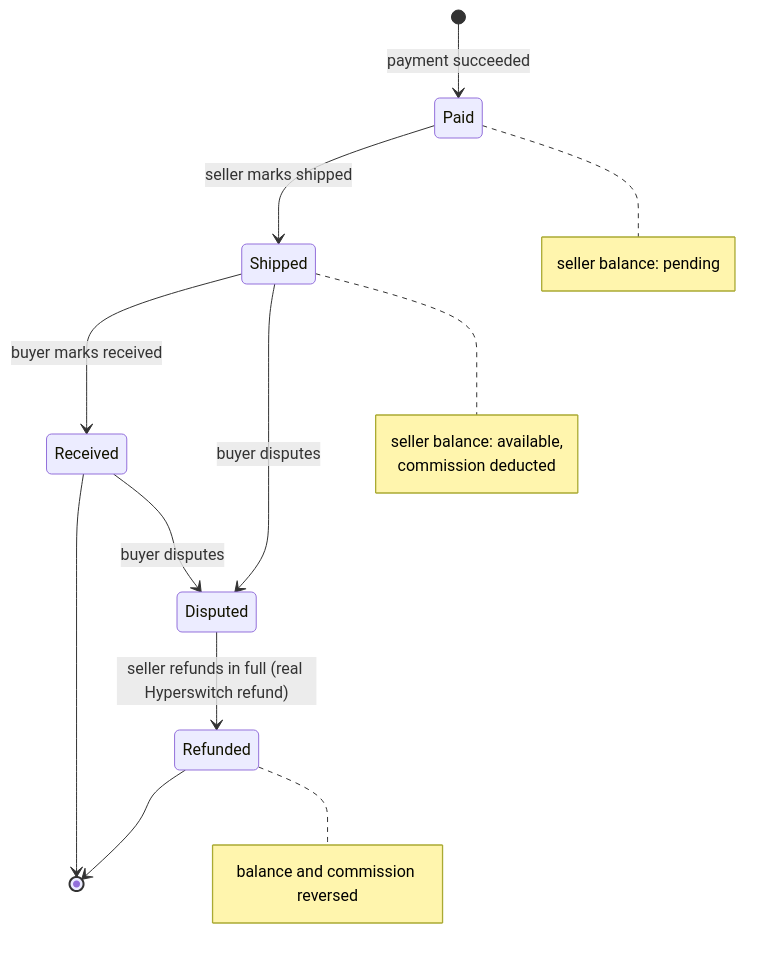
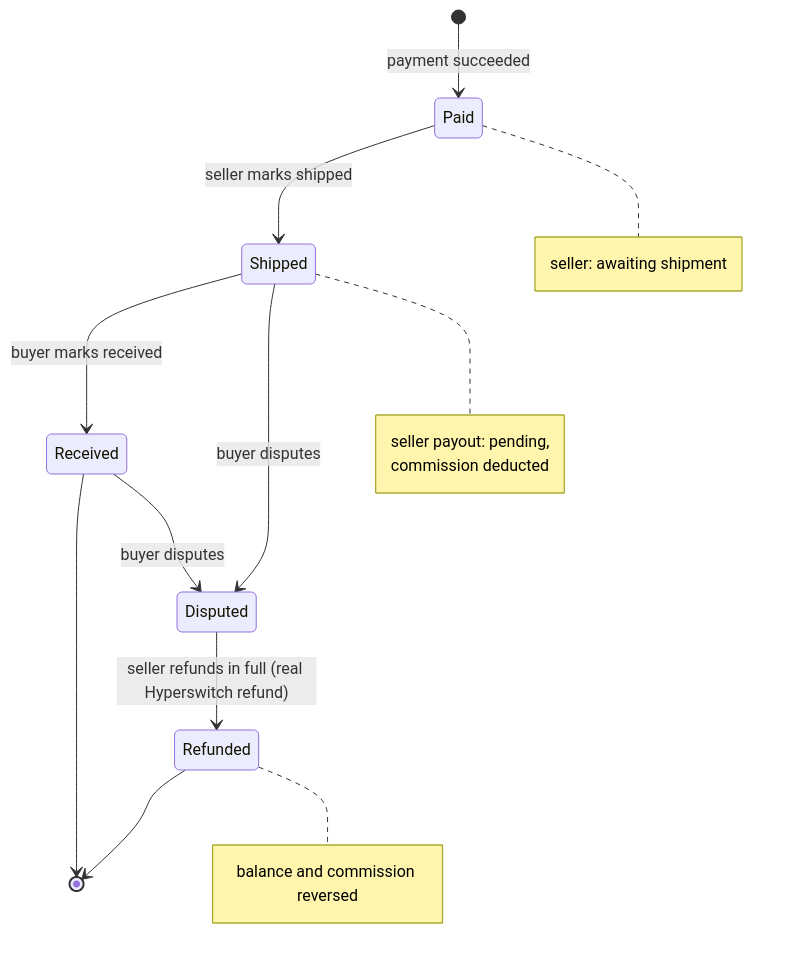
One commit to jamespotash0/juspay-prototype changed the fourth of 4 diagrams in README.md. Above: the diagram before and after it, drawn with Mermaid. The commit also changed other lines of this file, not shown here.

Commit message:
README: multi-seller cart is one payment and one order per seller; payouts pending

````diff
--- a/README.md
+++ b/README.md
@@ -216,22 +216,22 @@
 ```mermaid
 stateDiagram-v2
   [*] --> Paid: payment succeeded
   Paid --> Shipped: seller marks shipped
   Shipped --> Received: buyer marks received
   Received --> [*]
   Shipped --> Disputed: buyer disputes
   Received --> Disputed: buyer disputes
   Disputed --> Refunded: seller refunds in full (real Hyperswitch refund)
   Refunded --> [*]
 
   note right of Paid
-    seller balance: pending
+    seller: awaiting shipment
   end note
   note right of Shipped
-    seller balance: available,
+    seller payout: pending,
     commission deducted
   end note
   note right of Refunded
     balance and commission reversed
   end note
 ```
````
